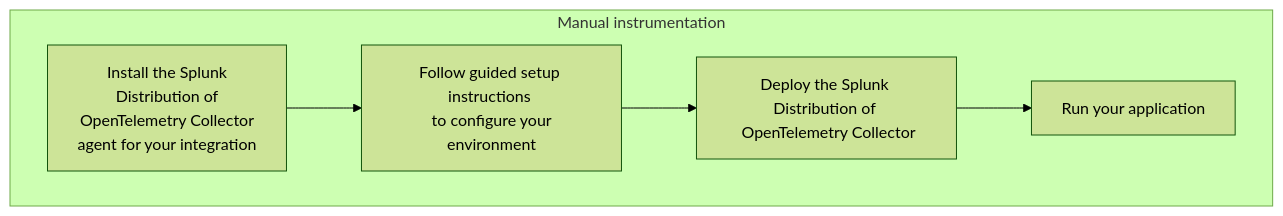
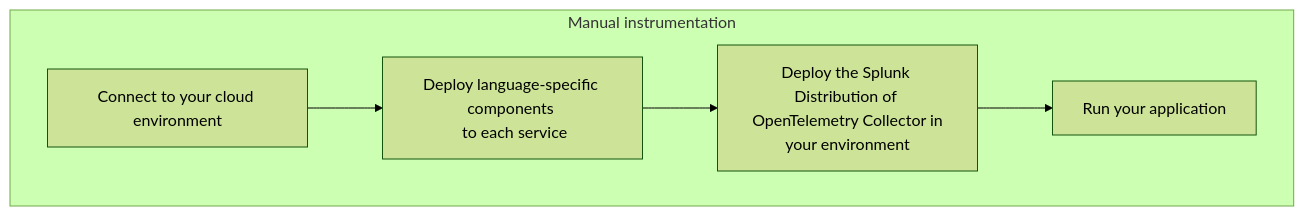
Before and after one commit to splunk/public-o11y-docs: the first of 2 diagrams in gdi/opentelemetry/zero-config.rst, drawn with Mermaid (forest theme). The commit also changed other lines of this file and 5 other files, not shown here.

```diff
--- a/gdi/opentelemetry/zero-config.rst
+++ b/gdi/opentelemetry/zero-config.rst
@@ -24,15 +23,14 @@
 .. mermaid::
 
    flowchart TB
       subgraph "Manual instrumentation"
-      A["Install the Splunk <br> Distribution of
-      OpenTelemetry Collector \n agent for your integration"]
+      A["Connect to your cloud environment"]
 
-      B["Follow guided setup instructions \n to configure your environment"]
+      C["Deploy the Splunk Distribution of \n OpenTelemetry Collector in your environment"]
 
-      C["Deploy the Splunk Distribution of \n OpenTelemetry Collector"]
+      B["Deploy language-specific components \n to each service"]
 
       D["Run your application"]
 
       A --> B --> C --> D
       end
```
